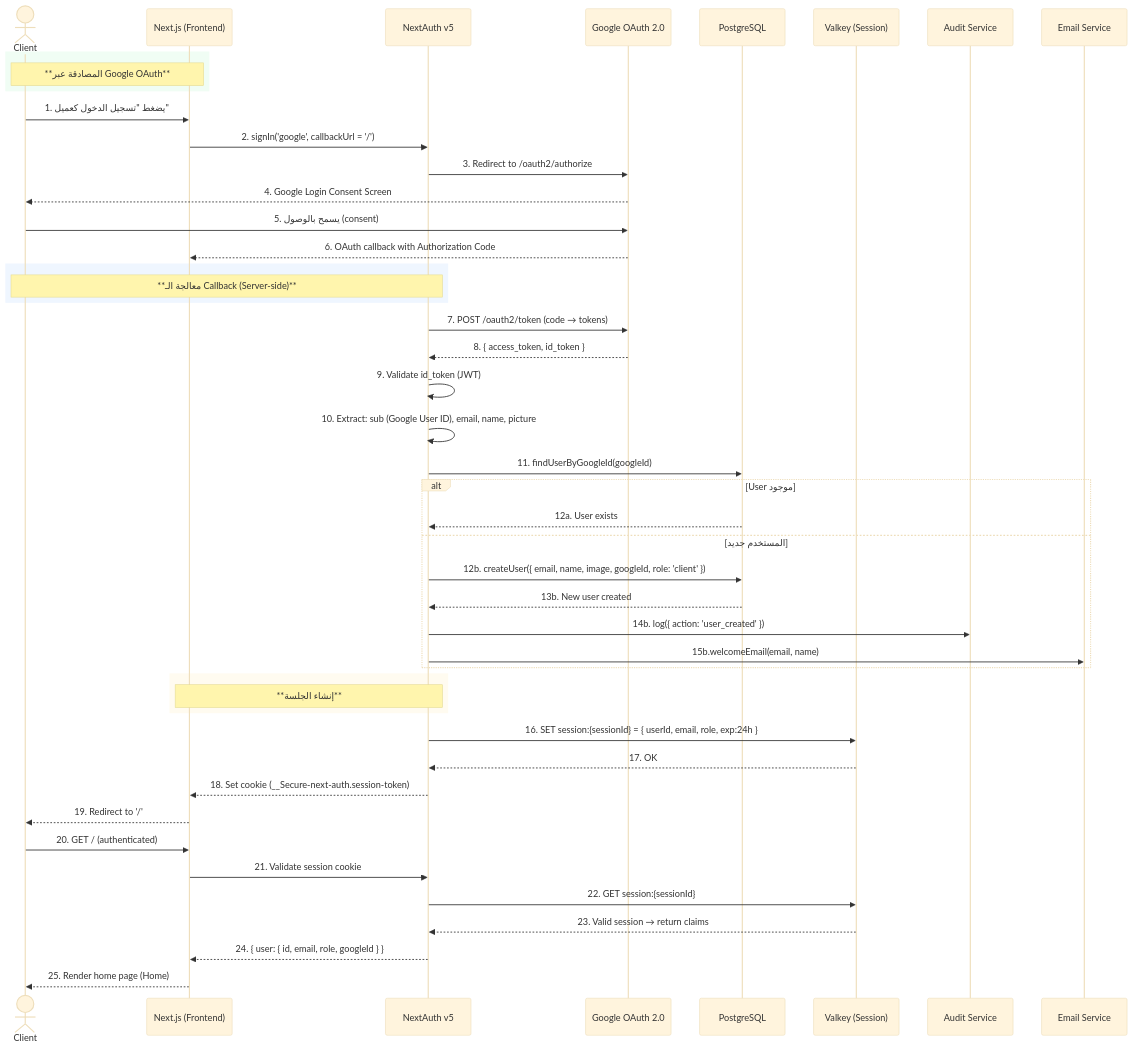
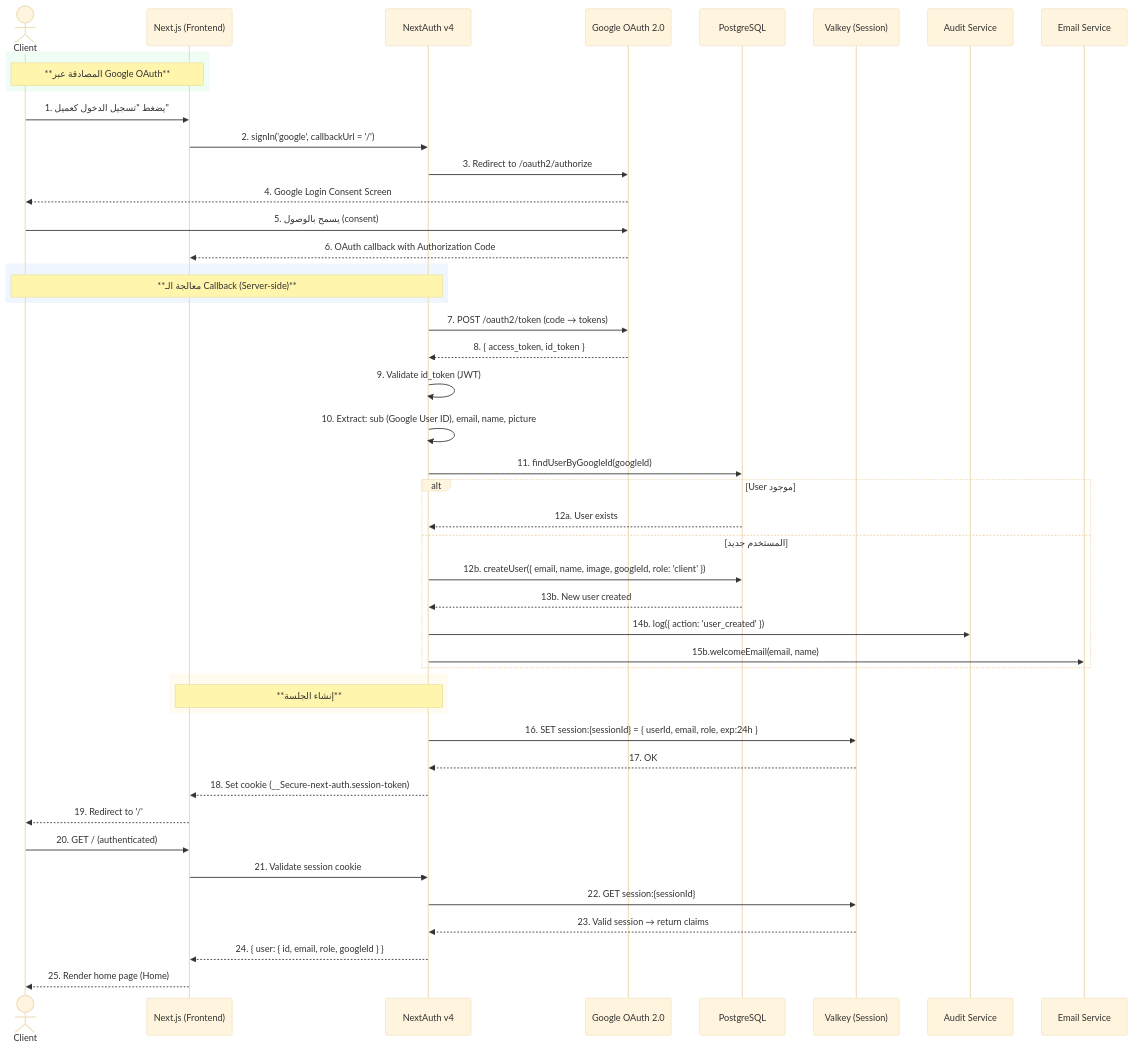
The first of 2 diagrams in docs/diagrams/seq-google-oauth.md (Ahmedshawky770/herafinho), drawn with Mermaid (base theme) before and after one commit. The commit also changed 208 other files, not shown here.

````diff
--- a/docs/diagrams/seq-google-oauth.md
+++ b/docs/diagrams/seq-google-oauth.md
@@ -3,59 +3,59 @@
 ```mermaid
 sequenceDiagram
     actor Client
     participant NextApp as Next.js (Frontend)
-    participant NextAuth as NextAuth v5
+    participant NextAuth as NextAuth v4
     participant Google as Google OAuth 2.0
     participant AppDB as PostgreSQL
     participant Valkey as Valkey (Session)
     participant Audit as Audit Service
     participant Email as Email Service
 
     rect rgb(240, 253, 244)
         Note over Client,NextApp: **المصادقة عبر Google OAuth**
     end
 
     Client->>NextApp: 1. يضغط "تسجيل الدخول كعميل"
     NextApp->>NextAuth: 2. signIn('google', callbackUrl = '/')
     NextAuth->>Google: 3. Redirect to /oauth2/authorize
     Google-->>Client: 4. Google Login Consent Screen
     Client->>Google: 5. يسمح بالوصول (consent)
     Google-->>NextApp: 6. OAuth callback with Authorization Code
 
     rect rgb(239, 246, 255)
         Note over NextAuth,Client: **معالجة الـ Callback (Server-side)**
     end
 
     NextAuth->>Google: 7. POST /oauth2/token (code → tokens)
     Google-->>NextAuth: 8. { access_token, id_token }
 
     NextAuth->>NextAuth: 9. Validate id_token (JWT)
     NextAuth->>NextAuth: 10. Extract: sub (Google User ID), email, name, picture
 
     NextAuth->>AppDB: 11. findUserByGoogleId(googleId)
     alt User موجود
         AppDB-->>NextAuth: 12a. User exists
     else المستخدم جديد
         NextAuth->>AppDB: 12b. createUser({ email, name, image, googleId, role: 'client' })
         AppDB-->>NextAuth: 13b. New user created
         NextAuth->>Audit: 14b. log({ action: 'user_created' })
         NextAuth->>Email: 15b.welcomeEmail(email, name)
     end
 
     rect rgb(255, 251, 240)
         Note over NextAuth,NextApp: **إنشاء الجلسة**
     end
 
     NextAuth->>Valkey: 16. SET session:{sessionId} = { userId, email, role, exp:24h }
     Valkey-->>NextAuth: 17. OK
 
     NextAuth-->>NextApp: 18. Set cookie (__Secure-next-auth.session-token)
     NextApp-->>Client: 19. Redirect to '/'
 
     Client->>NextApp: 20. GET / (authenticated)
     NextApp->>NextAuth: 21. Validate session cookie
     NextAuth->>Valkey: 22. GET session:{sessionId}
     Valkey-->>NextAuth: 23. Valid session → return claims
     NextAuth-->>NextApp: 24. { user: { id, email, role, googleId } }
     NextApp-->>Client: 25. Render home page (Home)
 ```
````
